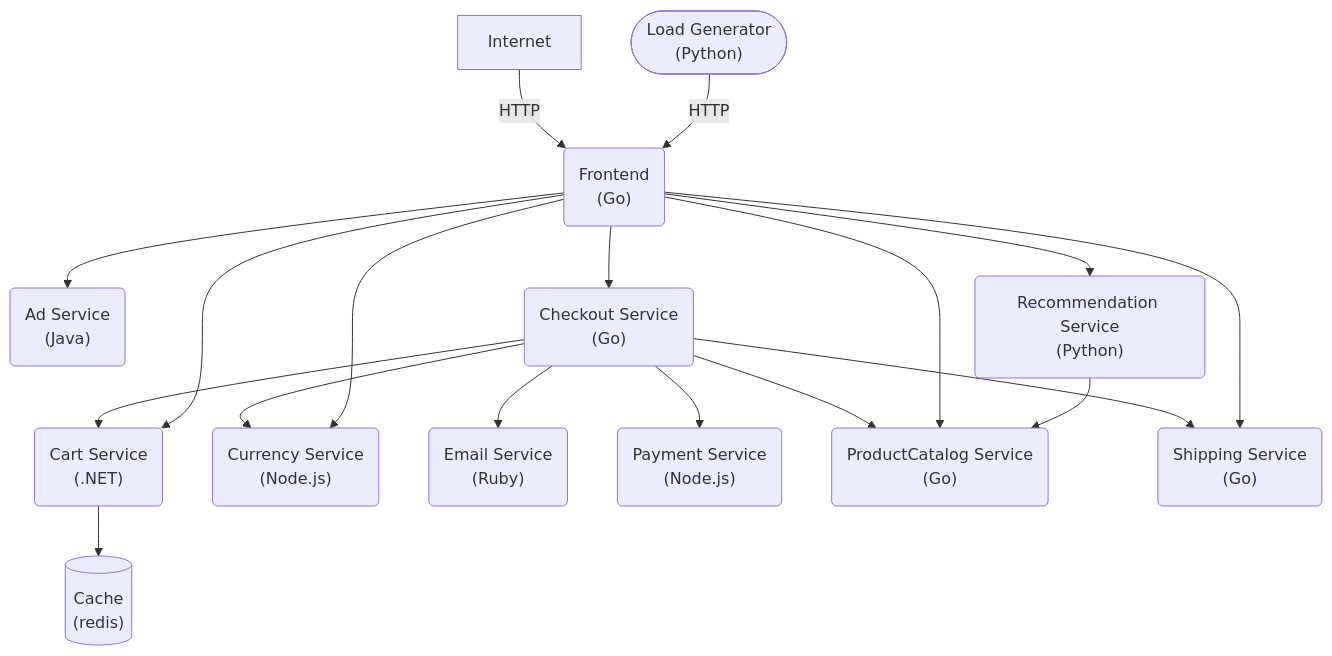
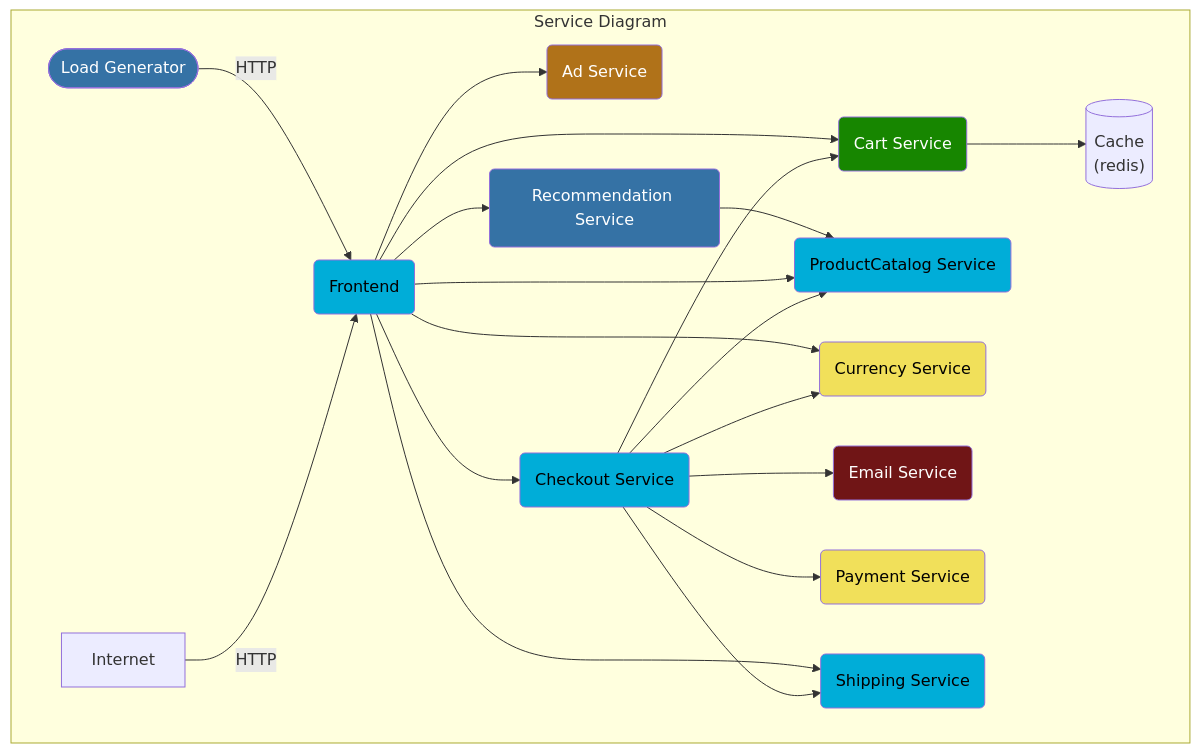
One commit to mohamed3637/opentelemetry-demo changed the first of 2 diagrams in README.md. Above: the diagram before and after it, drawn with Mermaid. The commit also changed other lines of this file and 1 other file, not shown here.

Commit message:
Add colors to main readme mermaid (#122)

````diff
--- a/README.md
+++ b/README.md
@@ -107,35 +107,48 @@
 ```mermaid
-
 graph TD
 
-adservice(Ad Service<br/>&#40Java&#41):::java
+subgraph Service Diagram
+adservice(Ad Service):::java
 cache[(Cache<br/>&#40redis&#41)]
-cartservice(Cart Service<br/>&#40.NET&#41):::dotnet
-checkoutservice(Checkout Service<br/>&#40Go&#41):::golang
-currencyservice(Currency Service<br/>&#40Node.js&#41):::nodejs
-emailservice(Email Service<br/>&#40Ruby&#41):::ruby
-frontend(Frontend<br/>&#40Go&#41):::golang
-loadgenerator([Load Generator<br/>&#40Python&#41]):::python
-paymentservice(Payment Service<br/>&#40Node.js&#41):::nodejs
-productcatalogservice(ProductCatalog Service<br/>&#40Go&#41):::golang
-recommendationservice(Recommendation Service<br/>&#40Python&#41):::python
-shippingservice(Shipping Service<br/>&#40Go&#41):::golang
+cartservice(Cart Service):::dotnet
+checkoutservice(Checkout Service):::golang
+currencyservice(Currency Service):::nodejs
+emailservice(Email Service):::ruby
+frontend(Frontend):::golang
+loadgenerator([Load Generator]):::python
+paymentservice(Payment Service):::nodejs
+productcatalogservice(ProductCatalog Service):::golang
+recommendationservice(Recommendation Service):::python
+shippingservice(Shipping Service):::golang
 
 Internet -->|HTTP| frontend
 loadgenerator -->|HTTP| frontend
 
 checkoutservice --> cartservice --> cache
 checkoutservice --> productcatalogservice
 checkoutservice --> currencyservice
 checkoutservice --> emailservice
 checkoutservice --> paymentservice
 checkoutservice --> shippingservice
 
 frontend --> adservice
 frontend --> cartservice
 frontend --> productcatalogservice
 frontend --> checkoutservice
 frontend --> currencyservice
 frontend --> recommendationservice --> productcatalogservice
 frontend --> shippingservice
+
+
+end
+classDef java fill:#b07219,color:white;
+classDef dotnet fill:#178600,color:white;
+classDef golang fill:#00add8,color:black;
+classDef cpp fill:#f34b7d,color:white;
+classDef ruby fill:#701516,color:white;
+classDef python fill:#3572A5,color:white;
+classDef nodejs fill:#f1e05a,color:black;
+classDef rust fill:#dea584,color:black;
+classDef erlang fill:#b83998,color:white;
+classDef php fill:#4f5d95,color:white;
 ```
````
